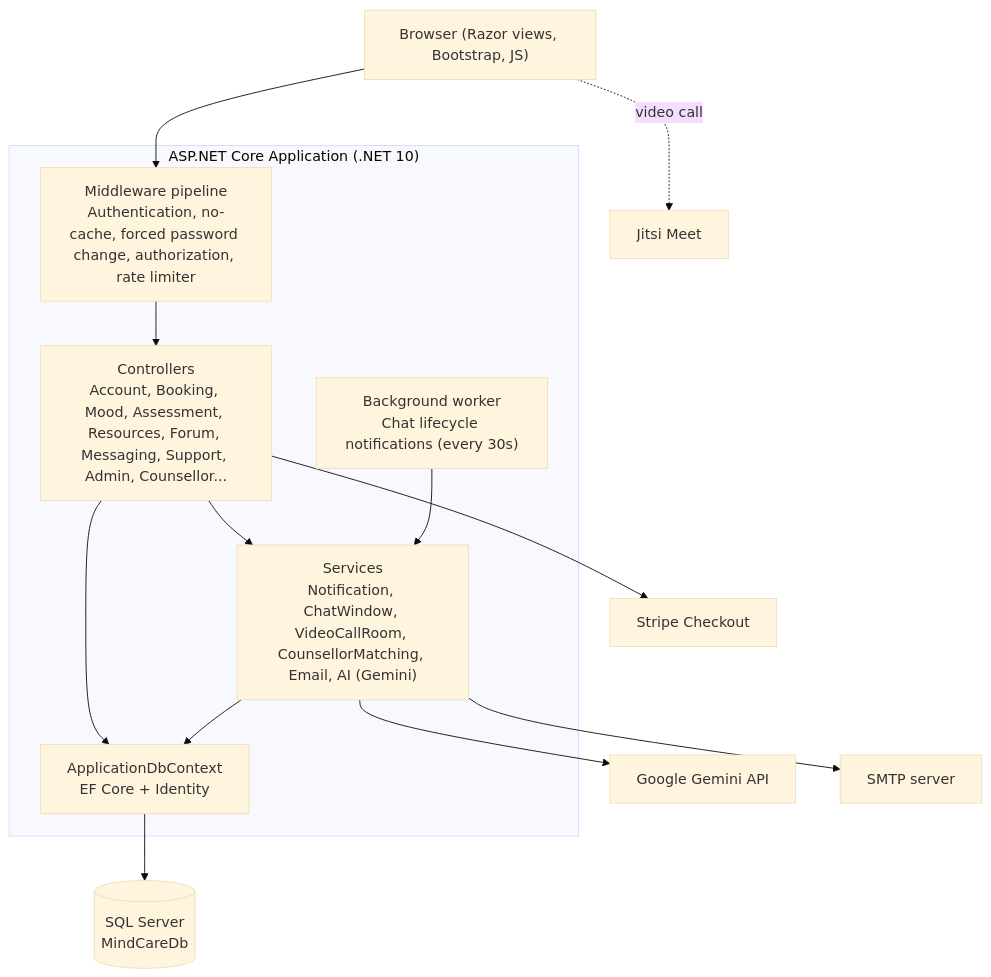
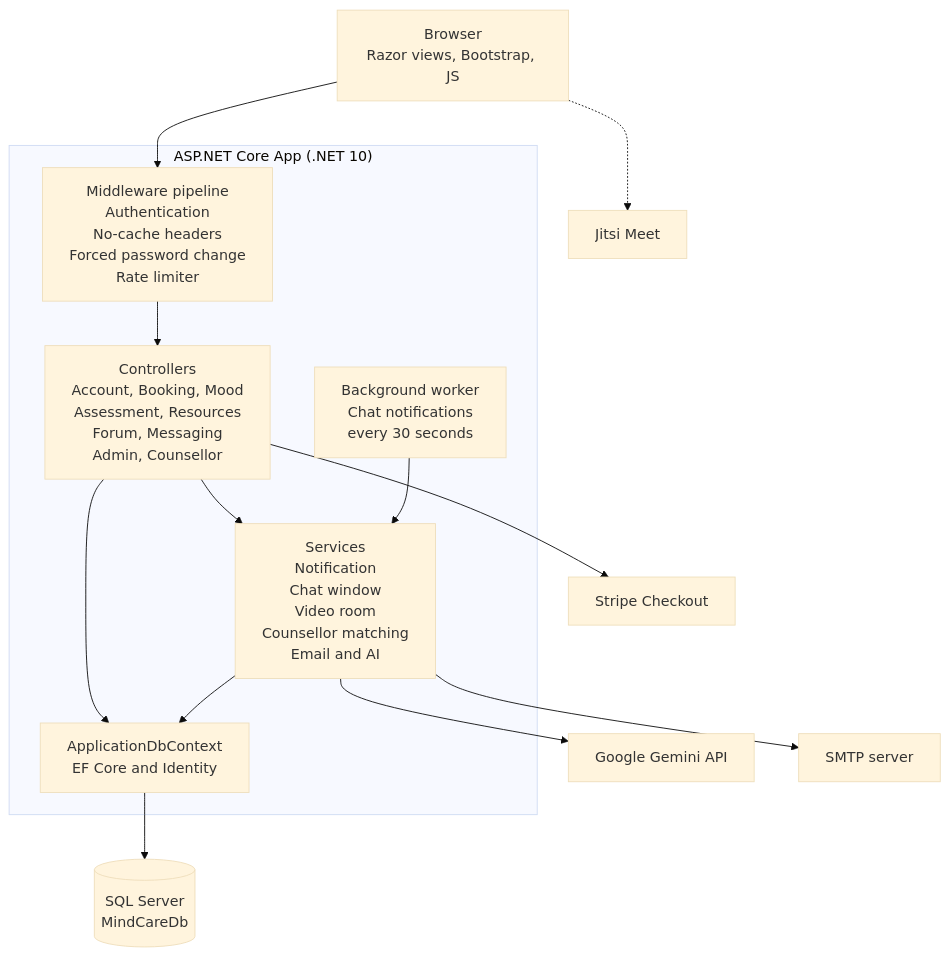
Before and after one commit to Lubna1208/MindCare: the first of 5 diagrams in README.md, drawn with Mermaid (base theme). The commit also changed other lines of this file, not shown here.

````diff
--- a/README.md
+++ b/README.md
@@ -125,28 +119,30 @@
 ```mermaid
 flowchart TD
-    Browser["Browser (Razor views, Bootstrap, JS)"]
+    Browser["Browser<br/>Razor views, Bootstrap, JS"]
 
-    subgraph App["ASP.NET Core Application (.NET 10)"]
-        MW["Middleware pipeline<br/>Authentication, no-cache, forced password change, authorization, rate limiter"]
-        C["Controllers<br/>Account, Booking, Mood, Assessment, Resources, Forum, Messaging, Support, Admin, Counsellor..."]
-        S["Services<br/>Notification, ChatWindow, VideoCallRoom, CounsellorMatching, Email, AI (Gemini)"]
-        W["Background worker<br/>Chat lifecycle notifications (every 30s)"]
-        D["ApplicationDbContext<br/>EF Core + Identity"]
+    subgraph App["ASP.NET Core App (.NET 10)"]
+        MW["Middleware pipeline<br/>Authentication<br/>No-cache headers<br/>Forced password change<br/>Rate limiter"]
+        C["Controllers<br/>Account, Booking, Mood<br/>Assessment, Resources<br/>Forum, Messaging<br/>Admin, Counsellor"]
+        S["Services<br/>Notification<br/>Chat window<br/>Video room<br/>Counsellor matching<br/>Email and AI"]
+        W["Background worker<br/>Chat notifications<br/>every 30 seconds"]
+        D["ApplicationDbContext<br/>EF Core and Identity"]
     end
 
     DB[("SQL Server<br/>MindCareDb")]
     Stripe["Stripe Checkout"]
     Gemini["Google Gemini API"]
     Jitsi["Jitsi Meet"]
     SMTP["SMTP server"]
 
-    Browser --> MW --> C --> S
+    Browser --> MW
+    MW --> C
+    C --> S
     C --> D
     S --> D
     W --> S
     D --> DB
     C --> Stripe
     S --> Gemini
     S --> SMTP
-    Browser -. video call .-> Jitsi
+    Browser -.-> Jitsi
 ```
````
